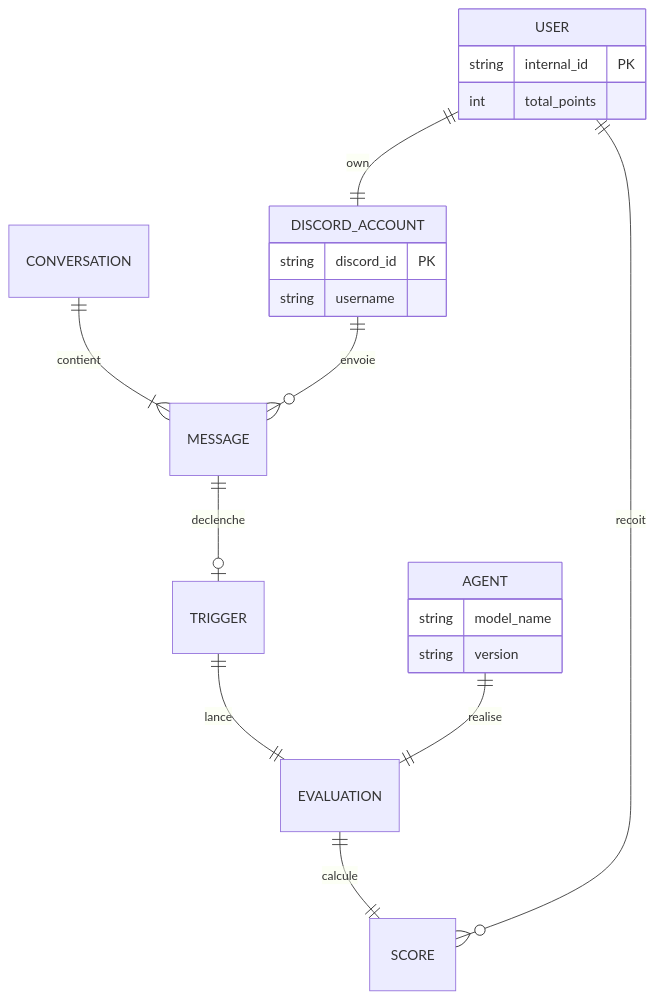
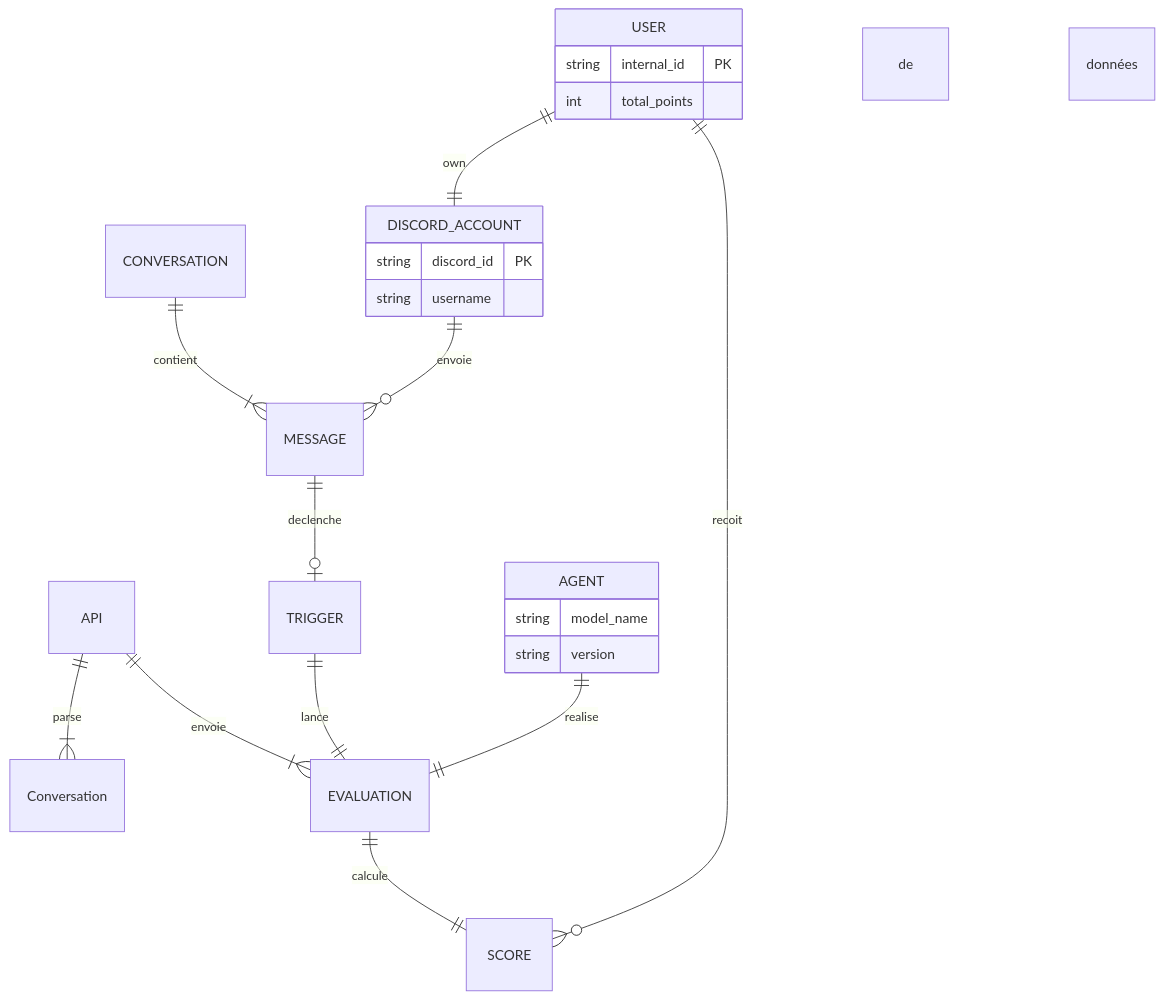
Before and after one commit to MyTwin-Lab/leaderboard: the diagram in Schéma Ydays.md, drawn with Mermaid. The commit also changed other lines of this file, not shown here.

Commit message:
Update Schéma Ydays.md

````diff
--- a/Schéma Ydays.md
+++ b/Schéma Ydays.md
@@ -1,34 +1,38 @@
 ```mermaid
 erDiagram
     %% Entités principales
     USER {
         string internal_id PK
         int total_points
     }
     
     DISCORD_ACCOUNT {
         string discord_id PK
         string username
     }
 
     AGENT {
         string model_name
         string version
     }
 
     %% Le Flux de conversation
     CONVERSATION ||--|{ MESSAGE : contient
     DISCORD_ACCOUNT ||--o{ MESSAGE : envoie
+
+    %% Le service back end
+    API ||--|{ Conversation : parse
+    API ||--|{ EVALUATION : envoie de données
     
     %% Le Trigger
     MESSAGE ||--o| TRIGGER : declenche
     TRIGGER ||--|| EVALUATION : lance
 
     %% L'Evaluation
     AGENT ||--|| EVALUATION : realise
     EVALUATION ||--|| SCORE : calcule
 
     %% La liaison finale et stockage
     USER ||--|| DISCORD_ACCOUNT : own
     USER ||--o{ SCORE : recoit
 ```
````
